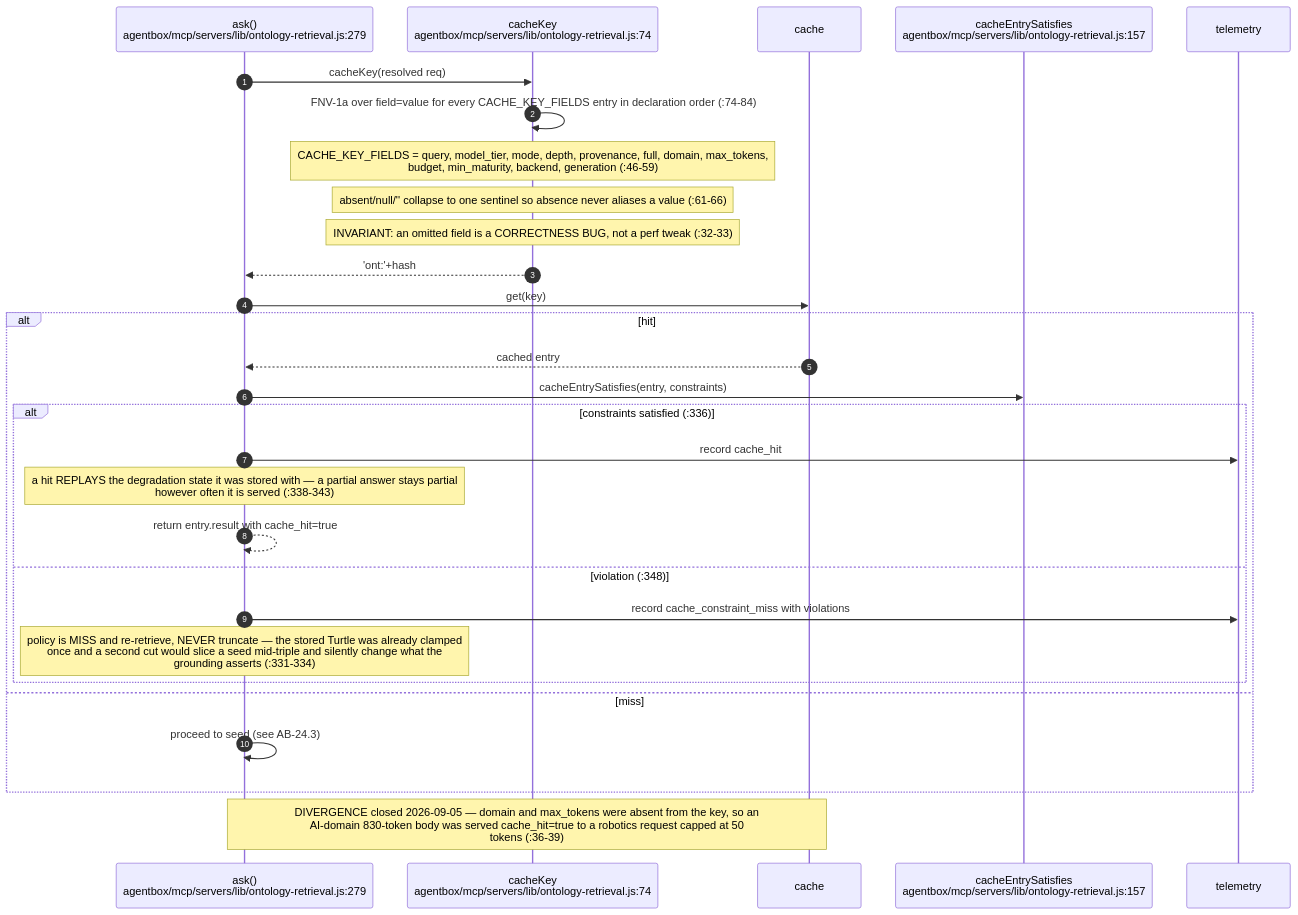
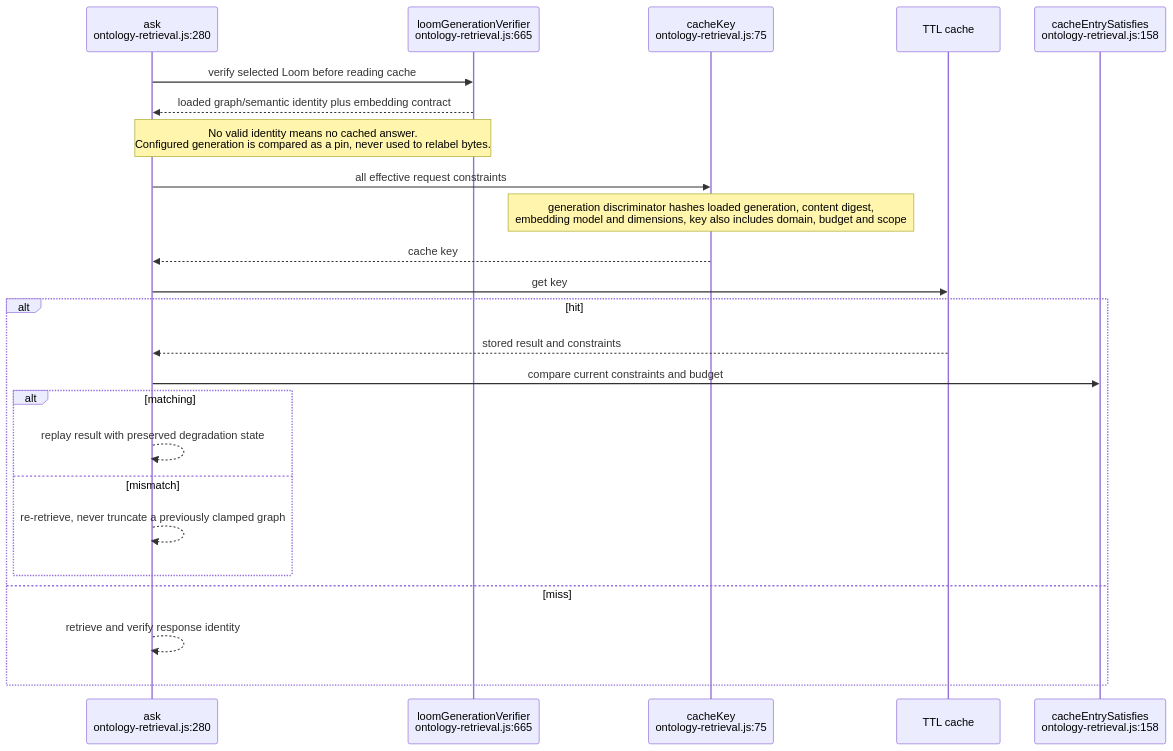
One commit to DreamLab-AI/VisionFlow changed the fourth of 9 diagrams in docs/diagrams/agentbox/24-loom-facade.md. Above: the diagram before and after it, drawn with Mermaid. The commit also changed other lines of this file and 7 other files, not shown here.

Commit message:
docs(diagrams): bind closeout security and retrieval flows to source

````diff
--- a/docs/diagrams/agentbox/24-loom-facade.md
+++ b/docs/diagrams/agentbox/24-loom-facade.md
@@ -152,32 +133,26 @@
 ```mermaid
 sequenceDiagram
-    autonumber
-    participant ASK as ask()<br/>agentbox/mcp/servers/lib/ontology-retrieval.js:279
-    participant KEY as cacheKey<br/>agentbox/mcp/servers/lib/ontology-retrieval.js:74
-    participant CACHE as cache
-    participant SAT as cacheEntrySatisfies<br/>agentbox/mcp/servers/lib/ontology-retrieval.js:157
-    participant TEL as telemetry
-
-    ASK->>KEY: cacheKey(resolved req)
-    KEY->>KEY: FNV-1a over field=value for every CACHE_KEY_FIELDS entry in declaration order (:74-84)
-    Note over KEY: CACHE_KEY_FIELDS = query, model_tier, mode, depth, provenance, full, domain, max_tokens,<br/>budget, min_maturity, backend, generation (:46-59)
-    Note over KEY: absent/null/'' collapse to one sentinel so absence never aliases a value (:61-66)
-    Note over KEY: INVARIANT: an omitted field is a CORRECTNESS BUG, not a perf tweak (:32-33)
-    KEY-->>ASK: 'ont:'+hash
-    ASK->>CACHE: get(key)
+    participant ASK as ask<br/>ontology-retrieval.js:280
+    participant VERIFY as loomGenerationVerifier<br/>ontology-retrieval.js:665
+    participant KEY as cacheKey<br/>ontology-retrieval.js:75
+    participant CACHE as TTL cache
+    participant SAT as cacheEntrySatisfies<br/>ontology-retrieval.js:158
+    ASK->>VERIFY: verify selected Loom before reading cache
+    VERIFY-->>ASK: loaded graph/semantic identity plus embedding contract
+    Note over ASK,VERIFY: No valid identity means no cached answer.<br/>Configured generation is compared as a pin, never used to relabel bytes.
+    ASK->>KEY: all effective request constraints
+    Note over KEY: generation discriminator hashes loaded generation, content digest,<br/>embedding model and dimensions, key also includes domain, budget and scope
+    KEY-->>ASK: cache key
+    ASK->>CACHE: get key
     alt hit
-        CACHE-->>ASK: cached entry
-        ASK->>SAT: cacheEntrySatisfies(entry, constraints)
-        alt constraints satisfied (:336)
-            ASK->>TEL: record cache_hit
-            Note over ASK: a hit REPLAYS the degradation state it was stored with — a partial answer stays partial<br/>however often it is served (:338-343)
-            ASK-->>ASK: return entry.result with cache_hit=true
-        else violation (:348)
-            ASK->>TEL: record cache_constraint_miss with violations
-            Note over ASK: policy is MISS and re-retrieve, NEVER truncate — the stored Turtle was already clamped<br/>once and a second cut would slice a seed mid-triple and silently change what the<br/>grounding asserts (:331-334)
+        CACHE-->>ASK: stored result and constraints
+        ASK->>SAT: compare current constraints and budget
+        alt matching
+            ASK-->>ASK: replay result with preserved degradation state
+        else mismatch
+            ASK-->>ASK: re-retrieve, never truncate a previously clamped graph
         end
     else miss
-        ASK->>ASK: proceed to seed (see AB-24.3)
+        ASK-->>ASK: retrieve and verify response identity
     end
-    Note over ASK,CACHE: DIVERGENCE closed 2026-09-05 — domain and max_tokens were absent from the key, so an<br/>AI-domain 830-token body was served cache_hit=true to a robotics request capped at 50<br/>tokens (:36-39)
 ```
````
